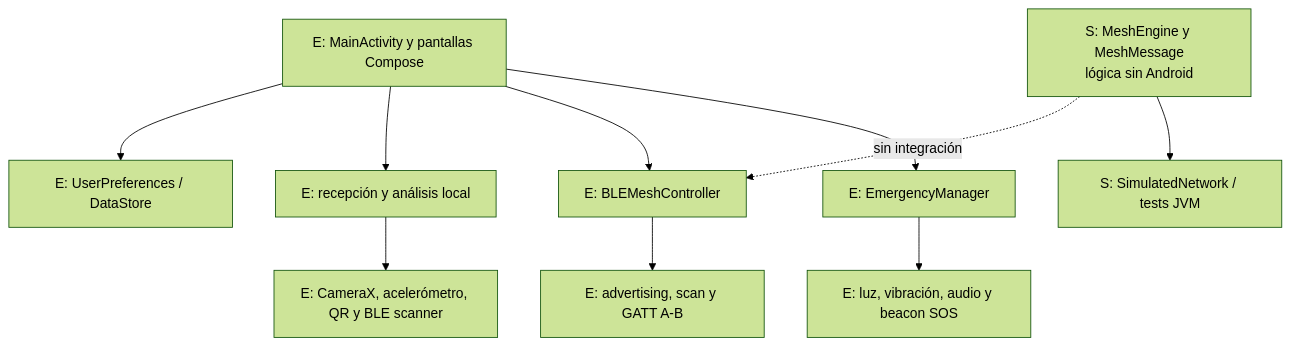
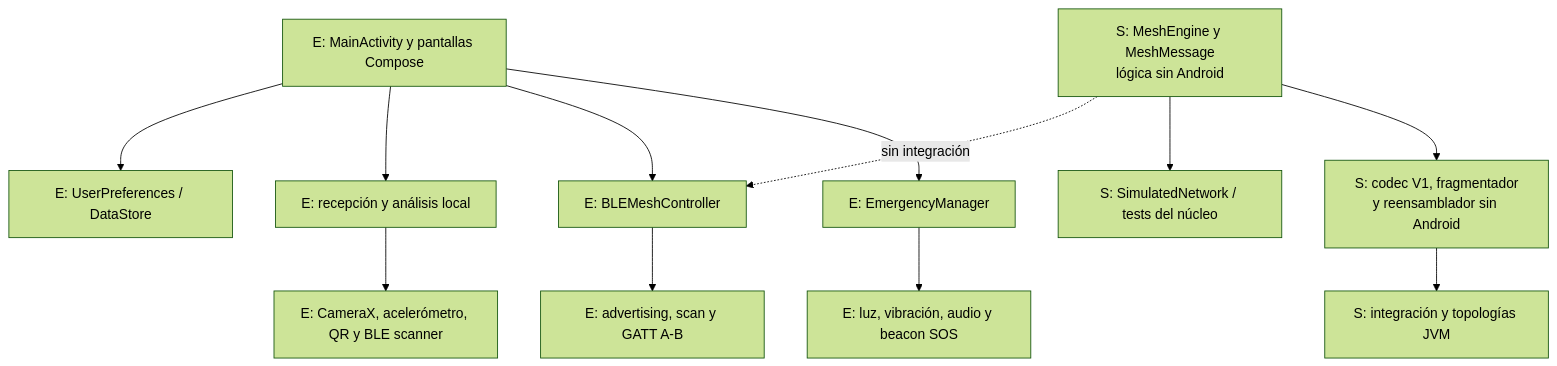
Before and after one commit to NicoButter/beaconchat: the first of 6 diagrams in PSI/Diseño-Arquitectura-BeaconChat.md, drawn with Mermaid (forest theme). The commit also changed other lines of this file and 9 other files, not shown here.

First line of the commit message:
Implement MeshReassembler for fragment reassembly and add comprehensive tests

````diff
--- a/PSI/Diseño-Arquitectura-BeaconChat.md
+++ b/PSI/Diseño-Arquitectura-BeaconChat.md
@@ -26,12 +28,14 @@
 ```mermaid
 flowchart TB
     UI["E: MainActivity y pantallas Compose"] --> EM["E: EmergencyManager"]
     UI --> BC["E: BLEMeshController"]
     UI --> RX["E: recepción y análisis local"]
     UI --> PREF["E: UserPreferences / DataStore"]
     EM --> SIG["E: luz, vibración, audio y beacon SOS"]
     RX --> SENSOR["E: CameraX, acelerómetro, QR y BLE scanner"]
     BC --> RADIO["E: advertising, scan y GATT A-B"]
-    CORE["S: MeshEngine y MeshMessage<br/>lógica sin Android"] --> TEST["S: SimulatedNetwork / tests JVM"]
+    CORE["S: MeshEngine y MeshMessage<br/>lógica sin Android"] --> WIRE["S: codec V1, fragmentador<br/>y reensamblador sin Android"]
+    WIRE --> TEST["S: integración y topologías JVM"]
+    CORE --> OLDTEST["S: SimulatedNetwork / tests del núcleo"]
     CORE -. "sin integración" .-> BC
 ```
````
